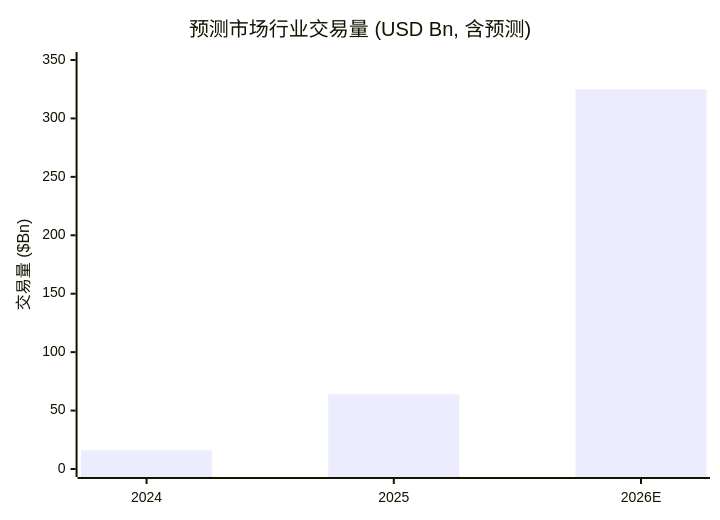
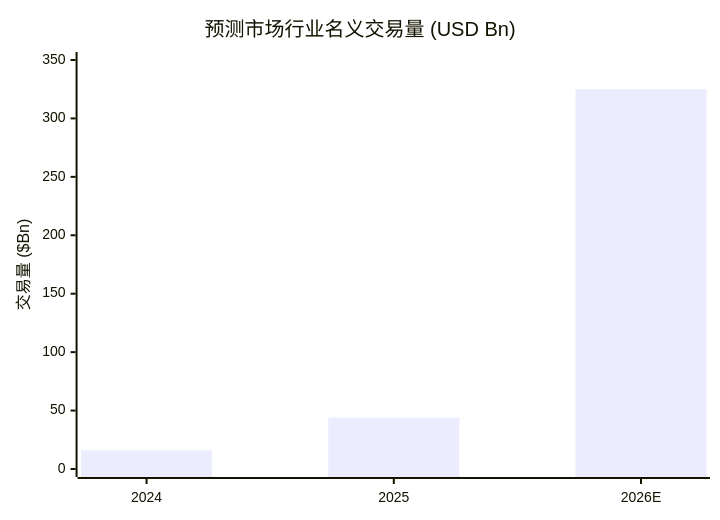
The fourth of 4 diagrams in research/08_competitive_landscape/analysis.md (survivorff/predictfun_design), drawn with Mermaid before and after one commit. The commit also changed other lines of this file and 11 other files, not shown here.

````diff
--- a/research/08_competitive_landscape/analysis.md
+++ b/research/08_competitive_landscape/analysis.md
@@ -109,7 +109,7 @@
 ```mermaid
 xychart-beta
-    title "预测市场行业交易量 (USD Bn, 含预测)"
+    title "预测市场行业名义交易量 (USD Bn)"
     x-axis ["2024", "2025", "2026E"]
     y-axis "交易量 ($Bn)" 0 --> 350
-    bar [16, 64, 325]
+    bar [16, 44, 325]
 ```
````
